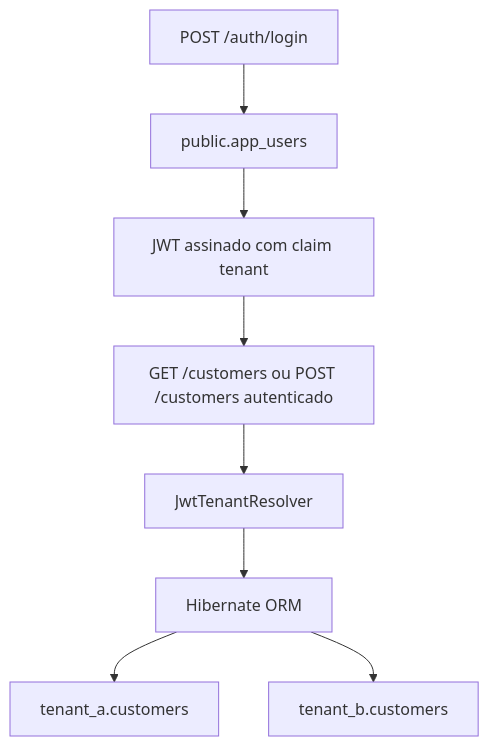
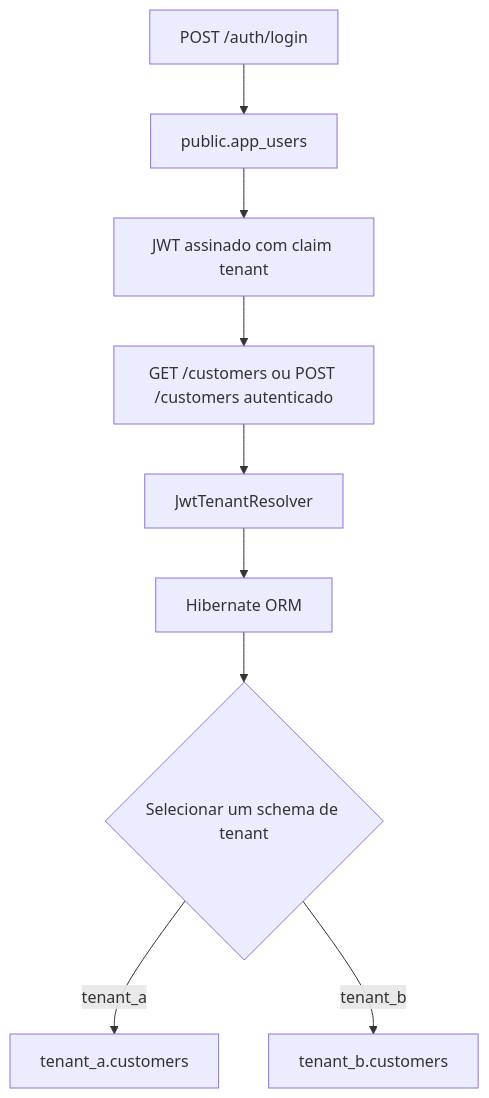
One commit to ErickMurakami/quarkus-schema-per-tenant changed the diagram in README.pt-BR.md. Above: the diagram before and after it, drawn with Mermaid. The commit also changed other lines of this file and 5 other files, not shown here.

````diff
--- a/README.pt-BR.md
+++ b/README.pt-BR.md
@@ -55,10 +55,11 @@
 ```mermaid
 flowchart TD
     A[POST /auth/login] --> B[public.app_users]
     B --> C[JWT assinado com claim tenant]
     C --> D[GET /customers ou POST /customers autenticado]
     D --> E[JwtTenantResolver]
     E --> F[Hibernate ORM]
-    F --> G[tenant_a.customers]
-    F --> H[tenant_b.customers]
+    F --> S{Selecionar um schema de tenant}
+    S -->|tenant_a| G[tenant_a.customers]
+    S -->|tenant_b| H[tenant_b.customers]
 ```
````
